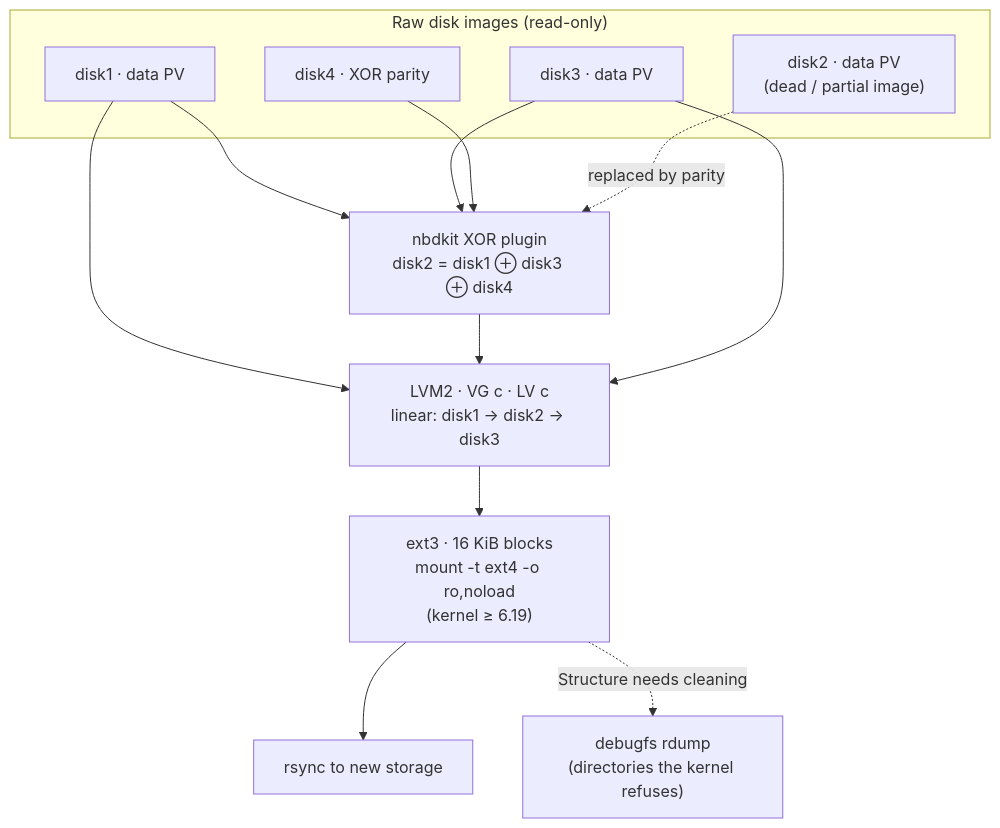
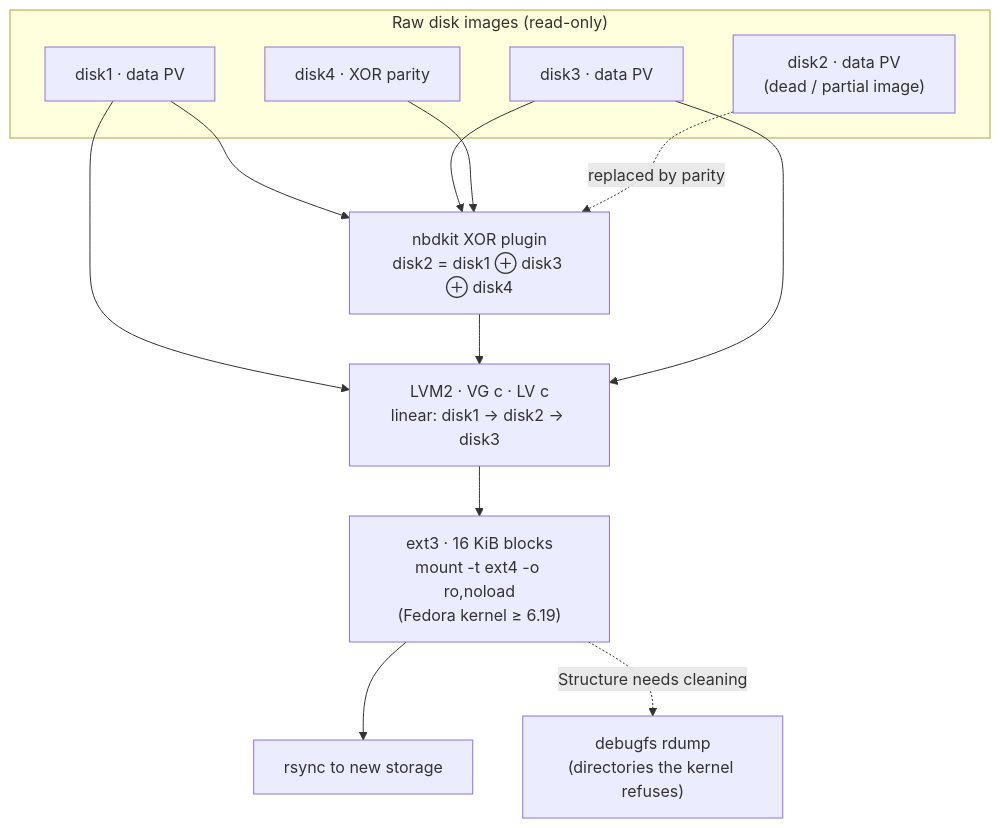
One commit to viktormar1337/readynas-nvplus-recovery changed the diagram in README.md. Above: the diagram before and after it, drawn with Mermaid. The commit also changed other lines of this file, not shown here.

First line of the commit message:
Make the guide Fedora-only

````diff
--- a/README.md
+++ b/README.md
@@ -50,25 +55,25 @@
 ```mermaid
 flowchart TD
   subgraph IMG["Raw disk images (read-only)"]
     D1["disk1 · data PV"]
     D2["disk2 · data PV<br/>(dead / partial image)"]
     D3["disk3 · data PV"]
     D4["disk4 · XOR parity"]
   end
   NBD["nbdkit XOR plugin<br/>disk2 = disk1 ⊕ disk3 ⊕ disk4"]
   LVM["LVM2 · VG c · LV c<br/>linear: disk1 → disk2 → disk3"]
-  FS["ext3 · 16 KiB blocks<br/>mount -t ext4 -o ro,noload<br/>(kernel ≥ 6.19)"]
+  FS["ext3 · 16 KiB blocks<br/>mount -t ext4 -o ro,noload<br/>(Fedora kernel ≥ 6.19)"]
   OUT["rsync to new storage"]
   DBG["debugfs rdump<br/>(directories the kernel refuses)"]
 
   D1 --> NBD
   D3 --> NBD
   D4 --> NBD
   D2 -. replaced by parity .-> NBD
   D1 --> LVM
   NBD --> LVM
   D3 --> LVM
   LVM --> FS
   FS --> OUT
   FS -. "Structure needs cleaning" .-> DBG
 ```
````
